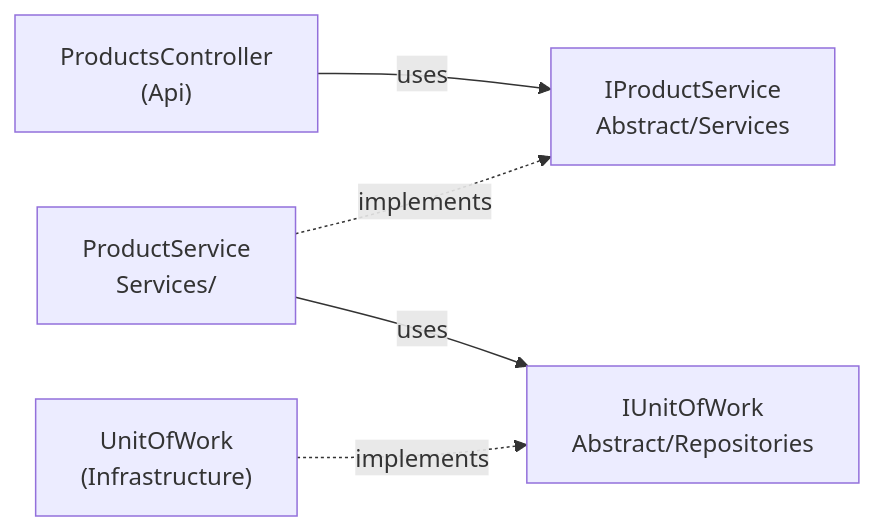
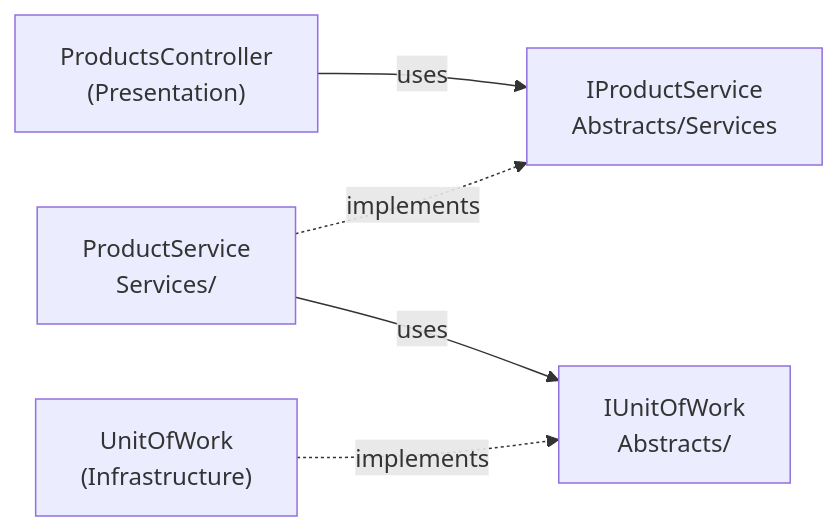
The third of 5 diagrams in docs/03-clean-architecture.md (wesamkhateeb98-creator/clean-architecture-uow-repository), drawn with Mermaid before and after one commit. The commit also changed other lines of this file and 73 other files, not shown here.

Commit message:
refactor: align Shop.Demo with clean-architecture template (Abstracts, IEntity, CompleteAsync/Transaction, Presentation layer)

````diff
--- a/docs/03-clean-architecture.md
+++ b/docs/03-clean-architecture.md
@@ -50,7 +51,7 @@
 ```mermaid
 flowchart LR
-    Ctrl["ProductsController<br/>(Api)"] -->|uses| IPS["IProductService<br/>Abstract/Services"]
+    Ctrl["ProductsController<br/>(Presentation)"] -->|uses| IPS["IProductService<br/>Abstracts/Services"]
     PS["ProductService<br/>Services/"] -. implements .-> IPS
-    PS -->|uses| IUoW["IUnitOfWork<br/>Abstract/Repositories"]
+    PS -->|uses| IUoW["IUnitOfWork<br/>Abstracts/"]
     UoW["UnitOfWork<br/>(Infrastructure)"] -. implements .-> IUoW
 ```
````
